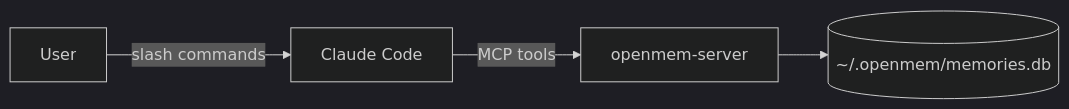
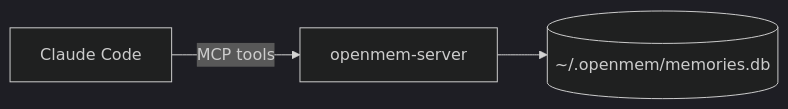
One commit to dunkinfrunkin/OpenMem changed the diagram in web/docs/claude-code.md. Above: the diagram before and after it, drawn with Mermaid (dark theme). The commit also changed other lines of this file and 7 other files, not shown here.

````diff
--- a/web/docs/claude-code.md
+++ b/web/docs/claude-code.md
@@ -10,6 +10,5 @@
 ```mermaid
 flowchart LR
-    User -->|slash commands| CC[Claude Code]
-    CC -->|MCP tools| Server[openmem-server]
+    CC[Claude Code] -->|MCP tools| Server[openmem-server]
     Server --> DB[(~/.openmem/memories.db)]
 ```
````
